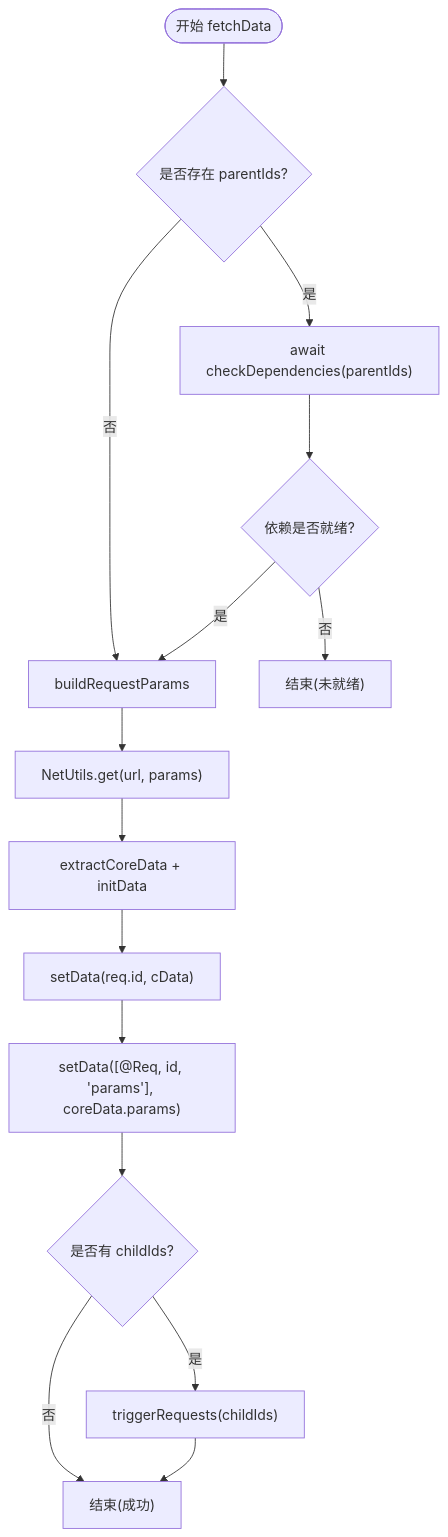
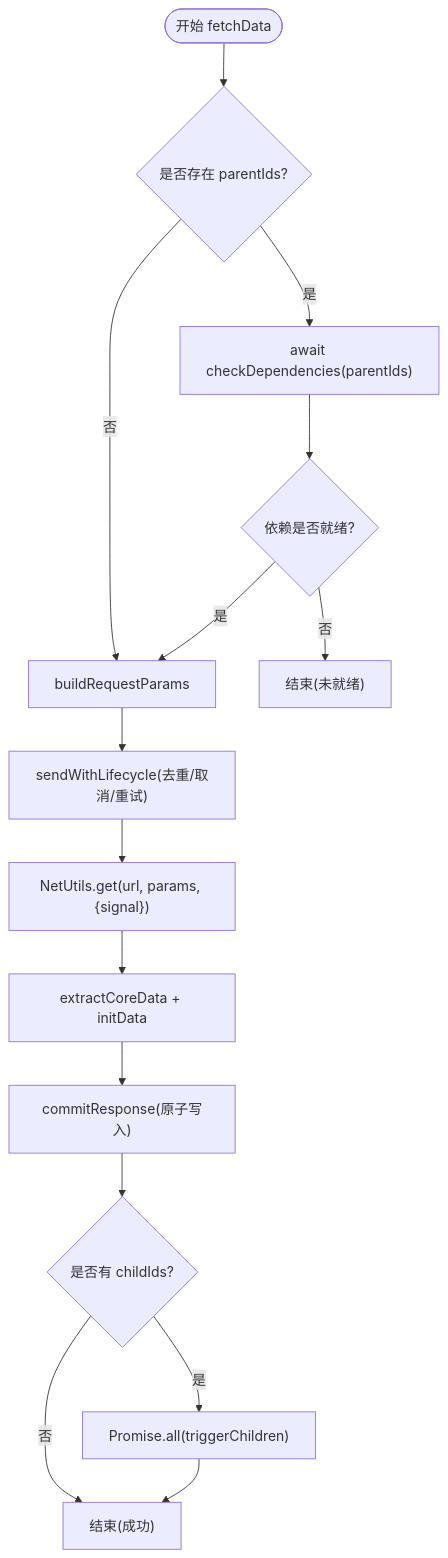
Before and after one commit to liqiongke/FrontArk: the third of 6 diagrams in .qoder/repowiki/zh/content/数据管理/数据同步.md, drawn with Mermaid. The commit also changed other lines of this file and 19 other files, not shown here.

````diff
--- a/.qoder/repowiki/zh/content/数据管理/数据同步.md
+++ b/.qoder/repowiki/zh/content/数据管理/数据同步.md
@@ -142,17 +156,17 @@
 ```mermaid
 flowchart TD
 Start(["开始 fetchData"]) --> CheckDep{"是否存在 parentIds?"}
 CheckDep --> |是| WaitParent["await checkDependencies(parentIds)"]
 CheckDep --> |否| BuildParams["buildRequestParams"]
 WaitParent --> DepOk{"依赖是否就绪?"}
 DepOk --> |否| EndFail["结束(未就绪)"]
 DepOk --> |是| BuildParams
-BuildParams --> CallNet["NetUtils.get(url, params)"]
+BuildParams --> SendLife["sendWithLifecycle(去重/取消/重试)"]
+SendLife --> CallNet["NetUtils.get(url, params, {signal})"]
 CallNet --> Parse["extractCoreData + initData"]
-Parse --> SaveData["setData(req.id, cData)"]
-SaveData --> SaveParams["setData([@Req, id, 'params'], coreData.params)"]
-SaveParams --> ChildCheck{"是否有 childIds?"}
-ChildCheck --> |是| TriggerChild["triggerRequests(childIds)"]
+Parse --> Commit["commitResponse(原子写入)"]
+Commit --> ChildCheck{"是否有 childIds?"}
+ChildCheck --> |是| TriggerChild["Promise.all(triggerChildren)"]
 ChildCheck --> |否| EndOK["结束(成功)"]
 TriggerChild --> EndOK
 ```
````
